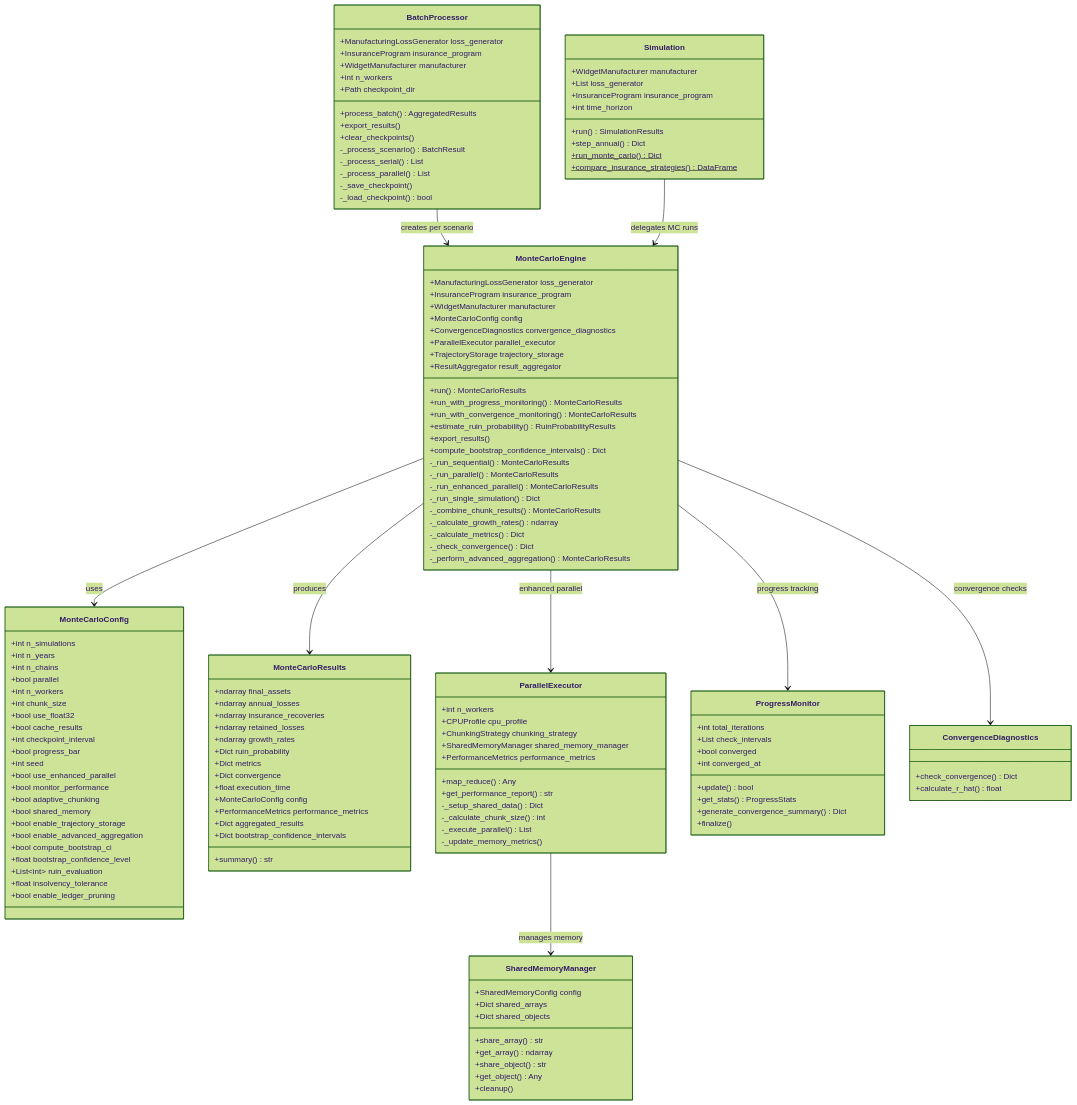
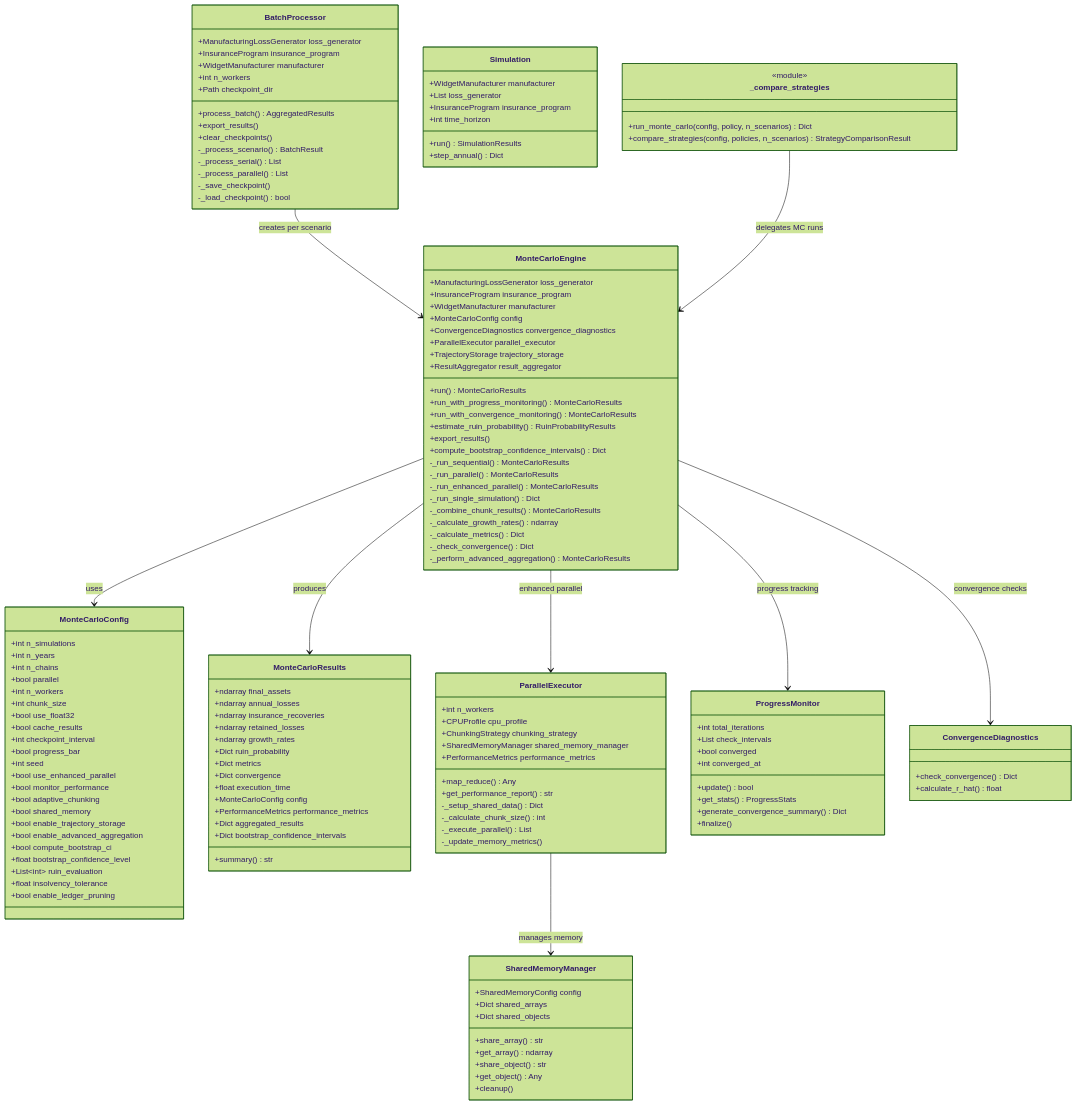
One commit to AlexFiliakov/Ergodic-Insurance-Limits changed the third of 8 diagrams in ergodic_insurance/docs/architecture/monte_carlo_architecture.md. Above: the diagram before and after it, drawn with Mermaid (forest theme). The commit also changed other lines of this file and 188 other files, not shown here.

````diff
--- a/ergodic_insurance/docs/architecture/monte_carlo_architecture.md
+++ b/ergodic_insurance/docs/architecture/monte_carlo_architecture.md
@@ -279,8 +280,12 @@
         +int time_horizon
         +run() SimulationResults
         +step_annual() Dict
-        +run_monte_carlo()$ Dict
-        +compare_insurance_strategies()$ DataFrame
+    }
+
+    class _compare_strategies {
+        <<module>>
+        +run_monte_carlo(config, policy, n_scenarios) Dict
+        +compare_strategies(config, policies, n_scenarios) StrategyComparisonResult
     }
 
     class ProgressMonitor {
@@ -306,5 +311,5 @@
     MonteCarloEngine --> ProgressMonitor : progress tracking
     ParallelExecutor --> SharedMemoryManager : manages memory
     BatchProcessor --> MonteCarloEngine : creates per scenario
-    Simulation --> MonteCarloEngine : delegates MC runs
+    _compare_strategies --> MonteCarloEngine : delegates MC runs
 ```
````
